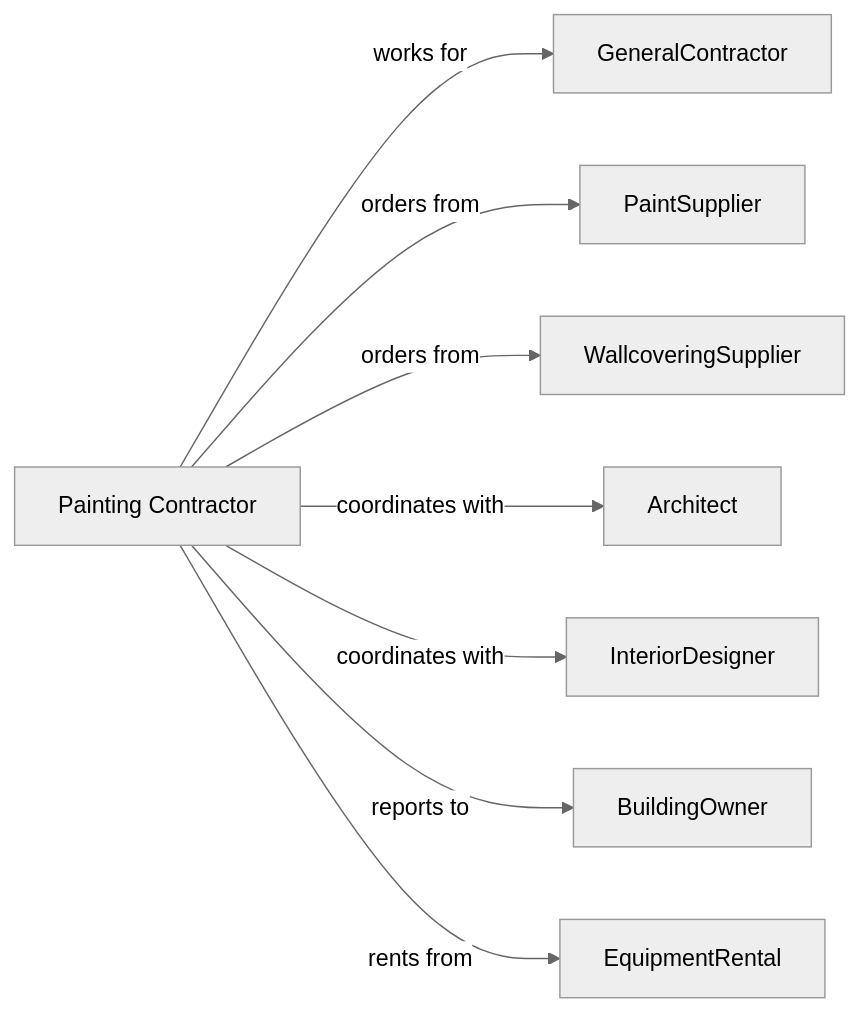
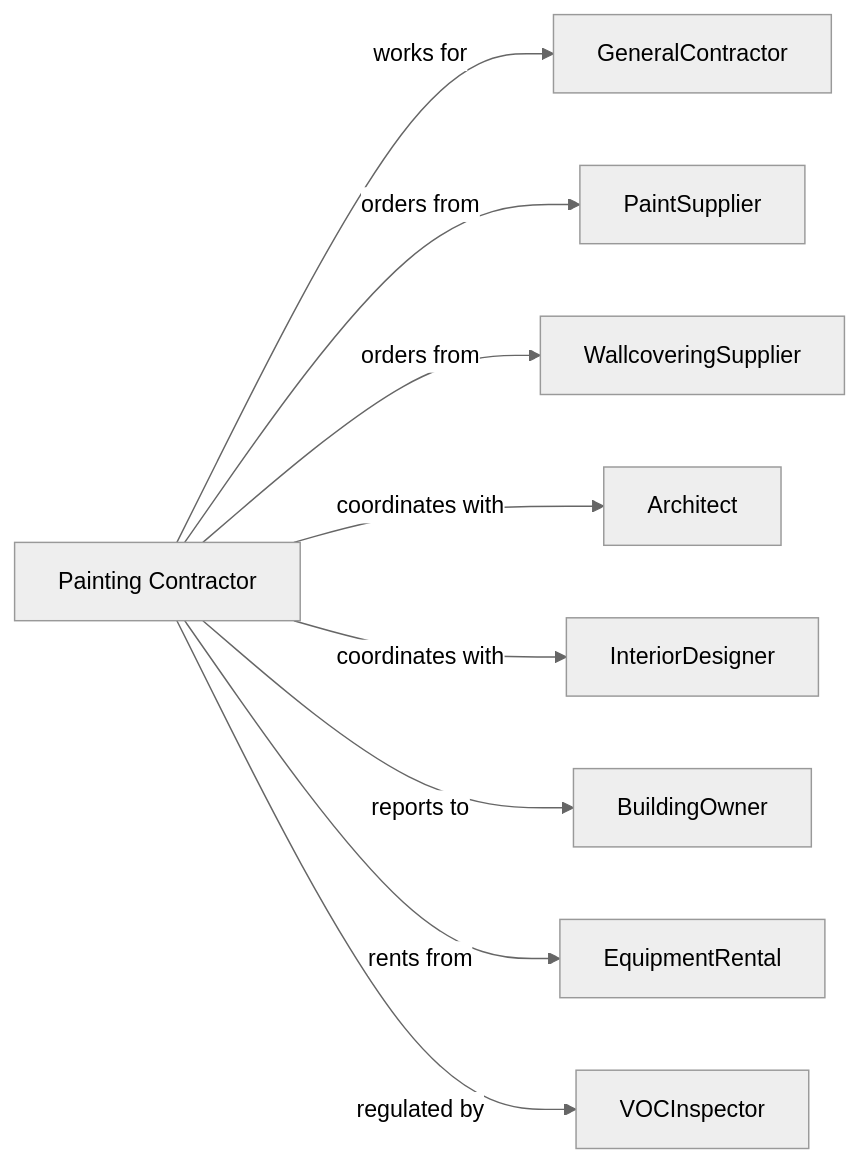
One commit to dot-org-ai/industries.org.ai changed the second of 2 diagrams in Construction/SpecialtyTradeContractors/BuildingFinishingContractors/PaintingAndWallCoveringContractors.mdx. Above: the diagram before and after it, drawn with Mermaid (neutral theme). The commit also changed other lines of this file and 588 other files, not shown here.

````diff
--- a/Construction/SpecialtyTradeContractors/BuildingFinishingContractors/PaintingAndWallCoveringContractors.mdx
+++ b/Construction/SpecialtyTradeContractors/BuildingFinishingContractors/PaintingAndWallCoveringContractors.mdx
@@ -133,12 +133,13 @@
 ```mermaid
 graph LR
     PC[Painting Contractor]
 
     PC -->|works for| GeneralContractor
     PC -->|orders from| PaintSupplier
     PC -->|orders from| WallcoveringSupplier
     PC -->|coordinates with| Architect
     PC -->|coordinates with| InteriorDesigner
     PC -->|reports to| BuildingOwner
     PC -->|rents from| EquipmentRental
+    PC -->|regulated by| VOCInspector
 ```
````
